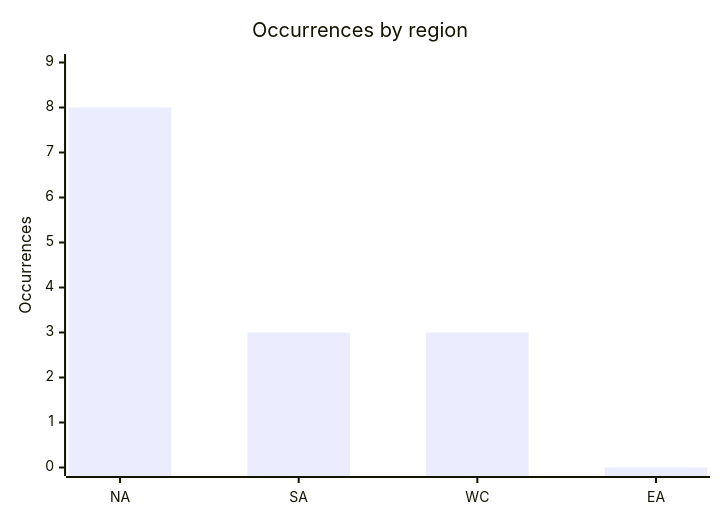
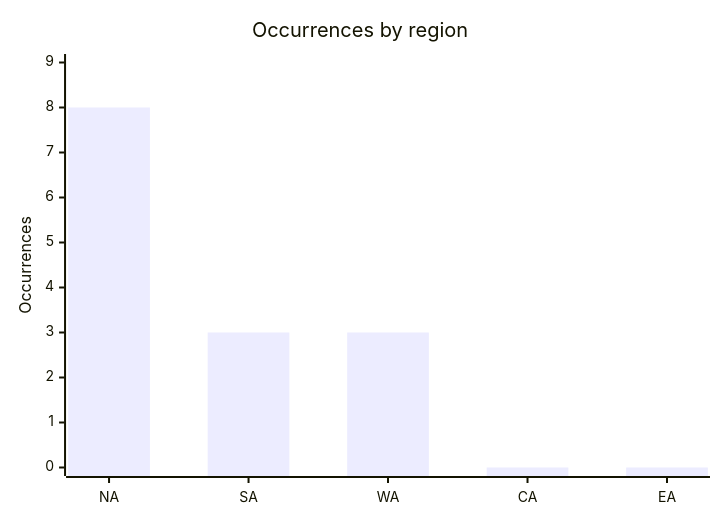
One commit to Hatchepsoute/AFRINTEL changed the fourth of 5 diagrams in CyberAttackAfrica/2025/11-november/README.md. Above: the diagram before and after it, drawn with Mermaid. The commit also changed other lines of this file and 109 other files, not shown here.

````diff
--- a/CyberAttackAfrica/2025/11-november/README.md
+++ b/CyberAttackAfrica/2025/11-november/README.md
@@ -156,7 +157,7 @@
 ```mermaid
 xychart
     title "Occurrences by region"
-    x-axis ["NA","SA","WC","EA"]
+    x-axis ["NA","SA","WA","CA","EA"]
     y-axis "Occurrences" 0 --> 9
-    bar [8,3,3,0]
+    bar [8,3,3,0,0]
 ```
````
